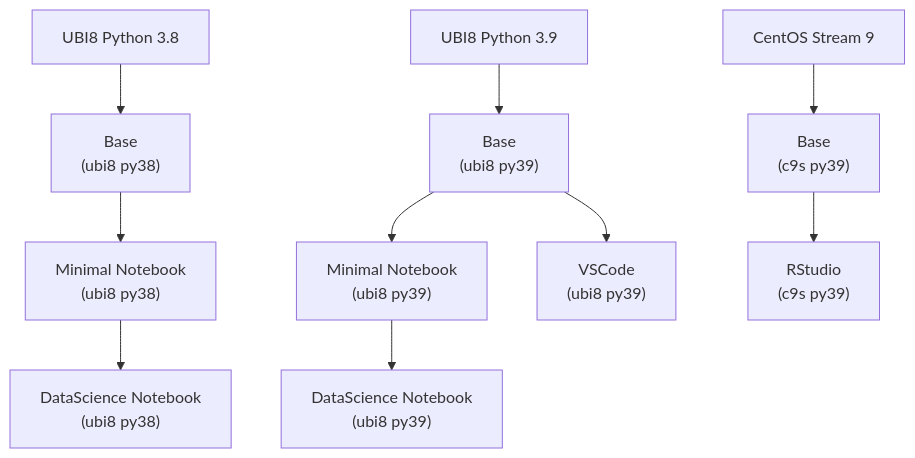
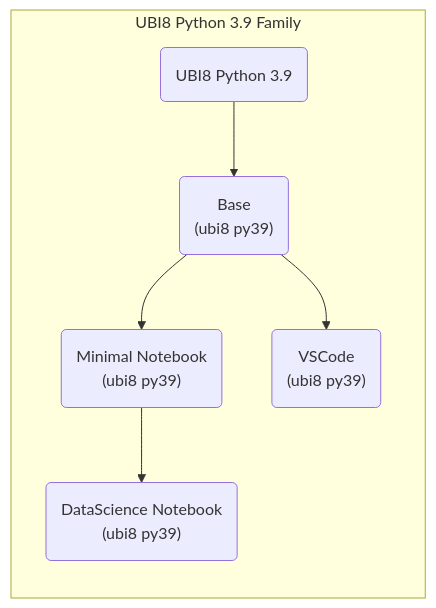
The fourth of 4 diagrams in notebook-controller-images/README.md (opendatahub-io-contrib/workbench-images), drawn with Mermaid before and after one commit. The commit also changed other lines of this file and 23 other files, not shown here.

````diff
--- a/notebook-controller-images/README.md
+++ b/notebook-controller-images/README.md
@@ -12,19 +137,11 @@
 ```mermaid
-graph TB
-    ubi8py38[UBI8 Python 3.8]-->base-ubi8py38
-    base-ubi8py38["Base<br/>(ubi8 py38)"]-->minimal-ubi8py38
-    minimal-ubi8py38["Minimal Notebook<br/>(ubi8 py38)"]-->datascience-ubi8py38
-    datascience-ubi8py38["DataScience Notebook<br/>(ubi8 py38)"]
-
-    ubi8py39[UBI8 Python 3.9]-->base-ubi8py39
-    base-ubi8py39["Base<br/>(ubi8 py39)"]-->minimalnb-ubi8py39
+graph LR
+    subgraph UBI8 Python 3.9 Family
+    ubi8py39(UBI8 Python 3.9)-->base-ubi8py39
+    base-ubi8py39("Base<br/>(ubi8 py39)")-->minimalnb-ubi8py39
     base-ubi8py39-->vscode-ubi8
-    minimalnb-ubi8py39["Minimal Notebook<br/>(ubi8 py39)"]-->datascience-ubi8py39
-    datascience-ubi8py39["DataScience Notebook<br/>(ubi8 py39)"]
-    vscode-ubi8["VSCode<br/>(ubi8 py39)"]
-
-    centosstream9[CentOS Stream 9]-->base-centosstream9py39
-    base-centosstream9py39["Base<br/>(c9s py39)"]-->rstudio-ubi8
-    rstudio-ubi8["RStudio<br/>(c9s py39)"]
-
+    minimalnb-ubi8py39("Minimal Notebook<br/>(ubi8 py39)")-->datascience-ubi8py39
+    datascience-ubi8py39("DataScience Notebook<br/>(ubi8 py39)")
+    vscode-ubi8("VSCode<br/>(ubi8 py39)")
+    end
 ```
````
